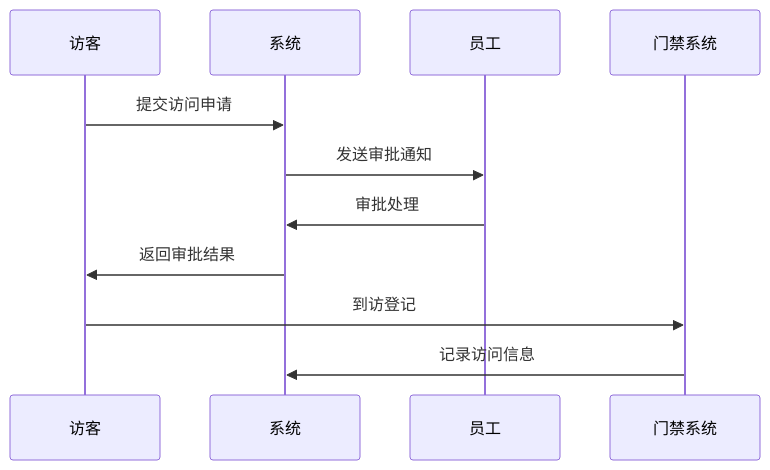
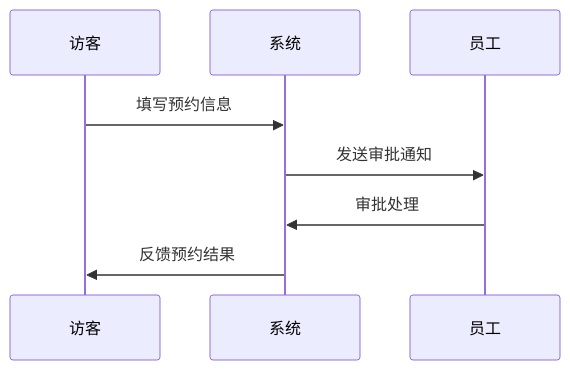
The second of 4 diagrams in devel/outlinedesign.md (yuhaibao39/n8ndeploy), drawn with Mermaid before and after one commit. The commit also changed other lines of this file, not shown here.

````diff
--- a/devel/outlinedesign.md
+++ b/devel/outlinedesign.md
@@ -66,9 +68,7 @@
 ```mermaid
 sequenceDiagram
-    访客->>系统: 提交访问申请
+    访客->>系统: 填写预约信息
     系统->>员工: 发送审批通知
     员工->>系统: 审批处理
-    系统->>访客: 返回审批结果
-    访客->>门禁系统: 到访登记
-    门禁系统->>系统: 记录访问信息
+    系统->>访客: 反馈预约结果
 ```
````
